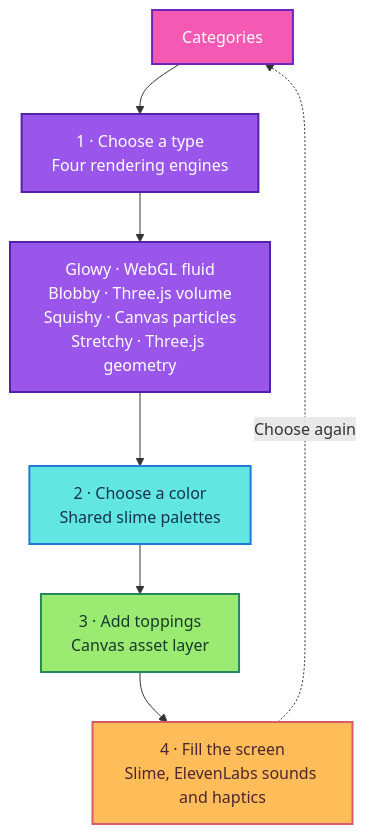
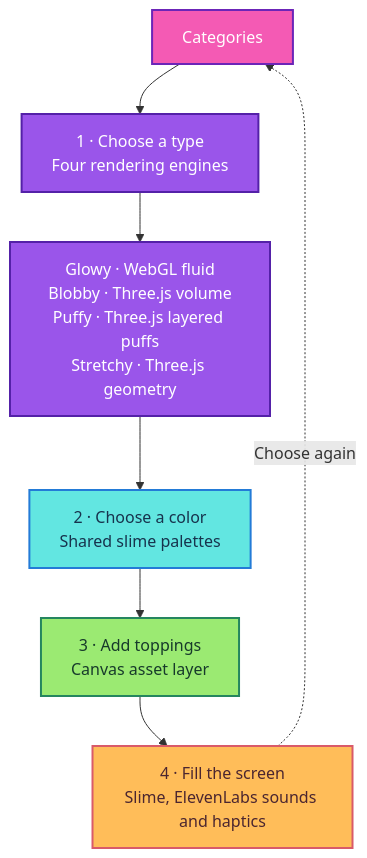
The diagram in README.md (bitpixi2/rye-ryes-slime-time), drawn with Mermaid before and after one commit. The commit also changed other lines of this file and 8 other files, not shown here.

Commit message:
Polish Glowy Puffy and Stretchy interactions

````diff
--- a/README.md
+++ b/README.md
@@ -11,21 +11,21 @@
 ```mermaid
 flowchart TB
     UI["Categories"] --> Type["1 · Choose a type<br/>Four rendering engines"]
-    Type --> Engines["Glowy · WebGL fluid<br/>Blobby · Three.js volume<br/>Squishy · Canvas particles<br/>Stretchy · Three.js geometry"]
+    Type --> Engines["Glowy · WebGL fluid<br/>Blobby · Three.js volume<br/>Puffy · Three.js layered puffs<br/>Stretchy · Three.js geometry"]
     Engines --> Color["2 · Choose a color<br/>Shared slime palettes"]
     Color --> Toppings["3 · Add toppings<br/>Canvas asset layer"]
     Toppings --> Stage["4 · Fill the screen<br/>Slime, ElevenLabs sounds and haptics"]
     Stage -. "Choose again" .-> UI
 
     classDef berry fill:#f45ab4,stroke:#6c25b8,color:#ffffff,stroke-width:2px
     classDef lime fill:#9bea72,stroke:#25865f,color:#173a2b,stroke-width:2px
     classDef mango fill:#ffbd59,stroke:#d95a69,color:#4b2630,stroke-width:2px
     classDef aqua fill:#62e6e1,stroke:#237bd7,color:#17334d,stroke-width:2px
     classDef grape fill:#9a55ea,stroke:#5421a8,color:#ffffff,stroke-width:2px
 
     class UI berry
     class Type,Engines grape
     class Color aqua
     class Toppings lime
     class Stage mango
 ```
````
